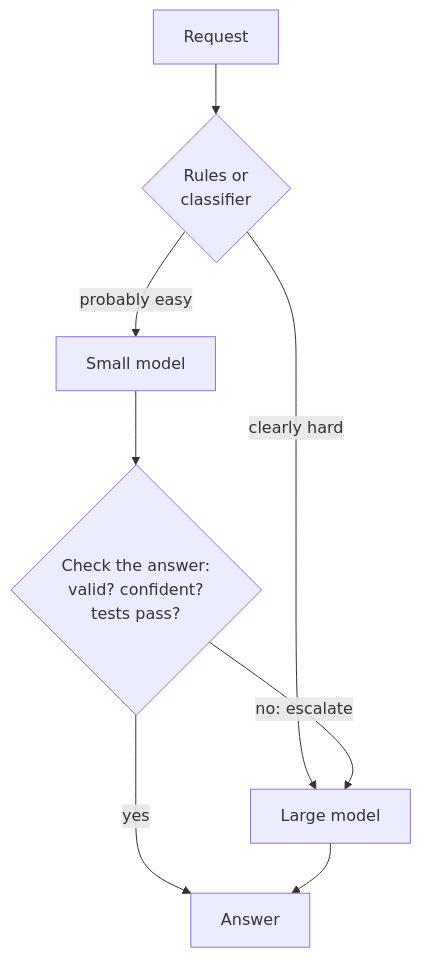
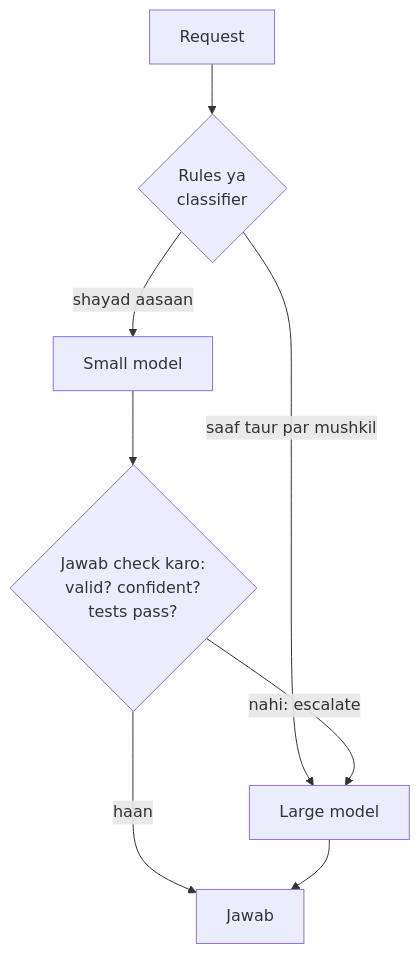
Before and after one commit to asmustechno/agentic-ai-notes: the diagram in docs/16-cost-and-performance/16.3-model-routing.md, drawn with Mermaid. The commit also changed other lines of this file and 135 other files, not shown here.

````diff
--- a/docs/16-cost-and-performance/16.3-model-routing.md
+++ b/docs/16-cost-and-performance/16.3-model-routing.md
@@ -44,10 +44,10 @@
 ```mermaid
 flowchart TD
-    Q["Request"] --> R{"Rules or<br/>classifier"}
-    R -->|"clearly hard"| L["Large model"]
-    R -->|"probably easy"| S["Small model"]
-    S --> C{"Check the answer:<br/>valid? confident?<br/>tests pass?"}
-    C -->|"yes"| A["Answer"]
-    C -->|"no: escalate"| L
+    Q["Request"] --> R{"Rules ya<br/>classifier"}
+    R -->|"saaf taur par mushkil"| L["Large model"]
+    R -->|"shayad aasaan"| S["Small model"]
+    S --> C{"Jawab check karo:<br/>valid? confident?<br/>tests pass?"}
+    C -->|"haan"| A["Jawab"]
+    C -->|"nahi: escalate"| L
     L --> A
 ```
````
